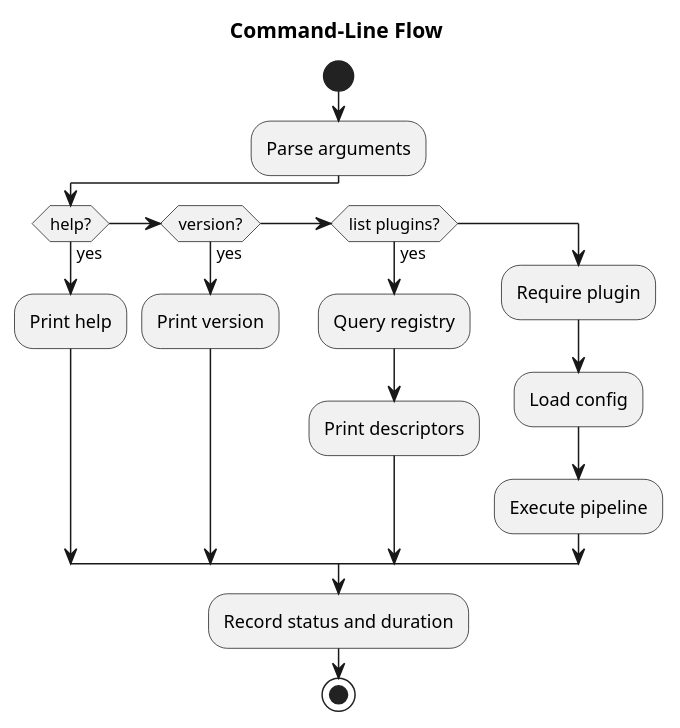
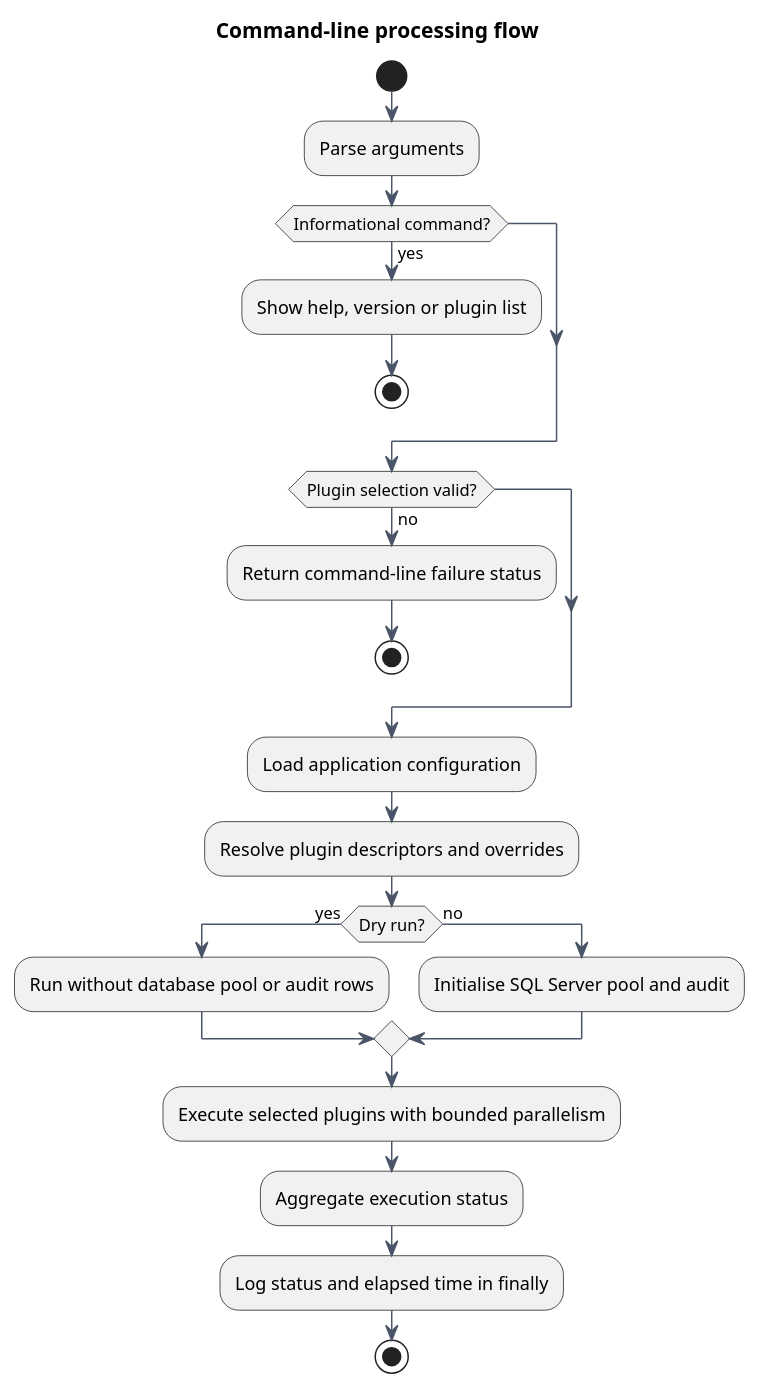
One commit to TerryCurranZellis/OpenData changed the diagram in docs/diagrams/source/command-line-flow.puml. Above: the diagram before and after it, drawn with PlantUML. The commit also changed 67 other files, not shown here.

```diff
--- a/docs/diagrams/source/command-line-flow.puml
+++ b/docs/diagrams/source/command-line-flow.puml
@@ -1,19 +1,35 @@
 @startuml
-title Command-Line Flow
+!pragma layout smetana
+skinparam shadowing false
+skinparam defaultFontName Arial
+skinparam packageStyle rectangle
+skinparam componentStyle rectangle
+skinparam linetype ortho
+skinparam ArrowColor #4A5568
+skinparam BorderColor #4A5568
+skinparam BackgroundColor white
+skinparam NoteBackgroundColor #FFF8DC
+skinparam NoteBorderColor #A67C00
+title Command-line processing flow
 start
 :Parse arguments;
-if (help?) then (yes)
-:Print help;
-elseif (version?) then (yes)
-:Print version;
-elseif (list plugins?) then (yes)
-:Query registry;
-:Print descriptors;
-else
-:Require plugin;
-:Load config;
-:Execute pipeline;
+if (Informational command?) then (yes)
+  :Show help, version or plugin list;
+  stop
 endif
-:Record status and duration;
+if (Plugin selection valid?) then (no)
+  :Return command-line failure status;
+  stop
+endif
+:Load application configuration;
+:Resolve plugin descriptors and overrides;
+if (Dry run?) then (yes)
+  :Run without database pool or audit rows;
+else (no)
+  :Initialise SQL Server pool and audit;
+endif
+:Execute selected plugins with bounded parallelism;
+:Aggregate execution status;
+:Log status and elapsed time in finally;
 stop
 @enduml
```
